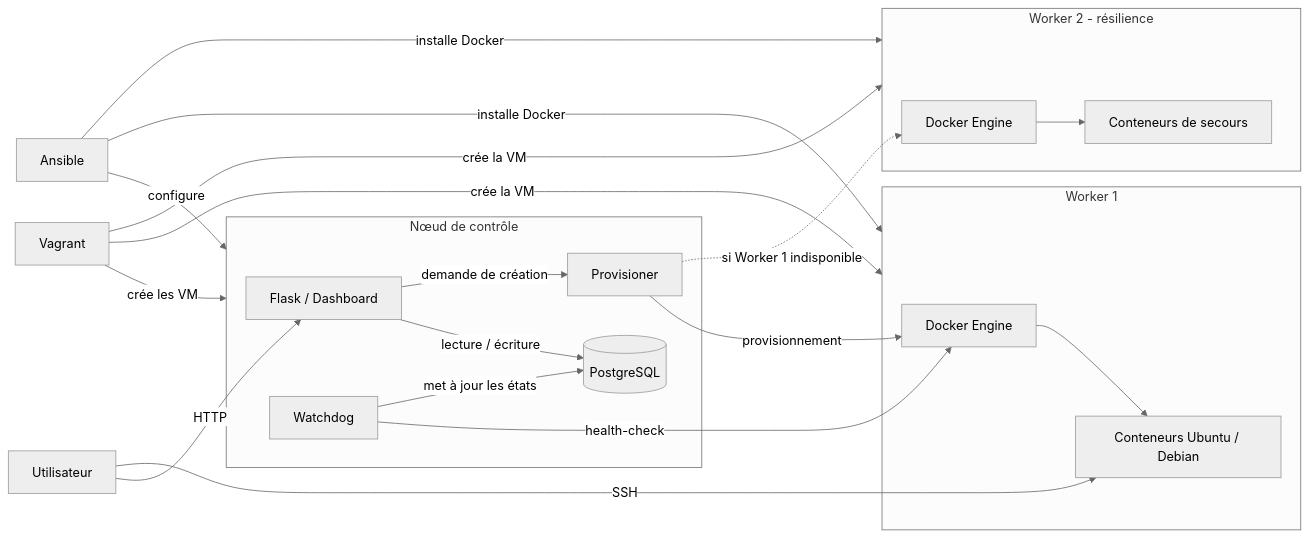
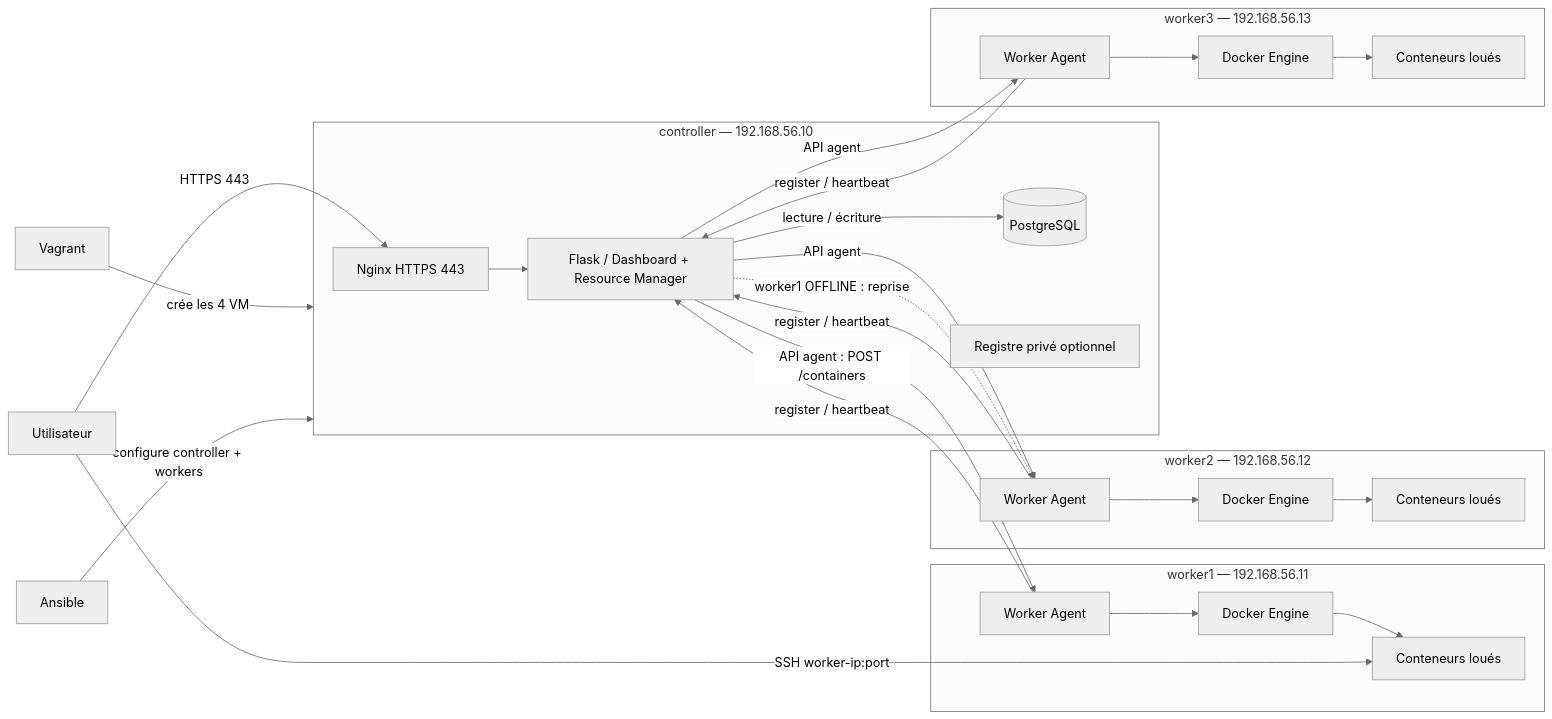
One commit to fatihamoltif/shellter changed the diagram in docs/architecture.md. Above: the diagram before and after it, drawn with Mermaid (neutral theme). The commit also changed other lines of this file and 1 other file, not shown here.

Commit message:
docs: conformite au sujet (archi 3 workers + Worker Agent + Alpine + HTTPS, clarif expires_at/monitoring)

````diff
--- a/docs/architecture.md
+++ b/docs/architecture.md
@@ -3,49 +21,48 @@
 ```mermaid
 flowchart LR
-
     U[Utilisateur]
 
-    subgraph CONTROL["Nœud de contrôle"]
-        F[Flask / Dashboard]
+    subgraph CONTROLLER["controller — 192.168.56.10"]
+        NG[Nginx HTTPS 443]
+        F[Flask / Dashboard + Resource Manager]
         DB[(PostgreSQL)]
-        P[Provisioner]
-        W[Watchdog]
+        REG[Registre privé optionnel]
     end
 
-    subgraph WORKER1["Worker 1"]
+    subgraph W1["worker1 — 192.168.56.11"]
+        A1[Worker Agent]
         D1[Docker Engine]
-        C1[Conteneurs Ubuntu / Debian]
+        C1[Conteneurs loués]
     end
-
-    subgraph WORKER2["Worker 2 - résilience"]
+    subgraph W2["worker2 — 192.168.56.12"]
+        A2[Worker Agent]
         D2[Docker Engine]
-        C2[Conteneurs de secours]
+        C2[Conteneurs loués]
+    end
+    subgraph W3["worker3 — 192.168.56.13"]
+        A3[Worker Agent]
+        D3[Docker Engine]
+        C3[Conteneurs loués]
     end
 
     V[Vagrant]
-    A[Ansible]
+    AN[Ansible]
 
-    U -->|HTTP| F
+    U -->|HTTPS 443| NG --> F
+    F -->|lecture / écriture| DB
 
-    F -->|lecture / écriture| DB
-    F -->|demande de création| P
+    F -->|API agent : POST /containers| A1 --> D1 --> C1
+    F -->|API agent| A2 --> D2 --> C2
+    F -->|API agent| A3 --> D3 --> C3
 
-    P -->|provisionnement| D1
-    D1 --> C1
+    A1 -->|register / heartbeat| F
+    A2 -->|register / heartbeat| F
+    A3 -->|register / heartbeat| F
 
-    U -->|SSH| C1
+    U -->|SSH worker-ip:port| C1
 
-    W -->|health-check| D1
-    W -->|met à jour les états| DB
+    F -.->|worker1 OFFLINE : reprise| A2
 
-    V -->|crée les VM| CONTROL
-    V -->|crée la VM| WORKER1
-    V -->|crée la VM| WORKER2
-
-    A -->|configure| CONTROL
-    A -->|installe Docker| WORKER1
-    A -->|installe Docker| WORKER2
-
-    P -.->|si Worker 1 indisponible| D2
-    D2 --> C2
+    V -->|crée les 4 VM| CONTROLLER
+    AN -->|configure controller + workers| CONTROLLER
 ```
````
